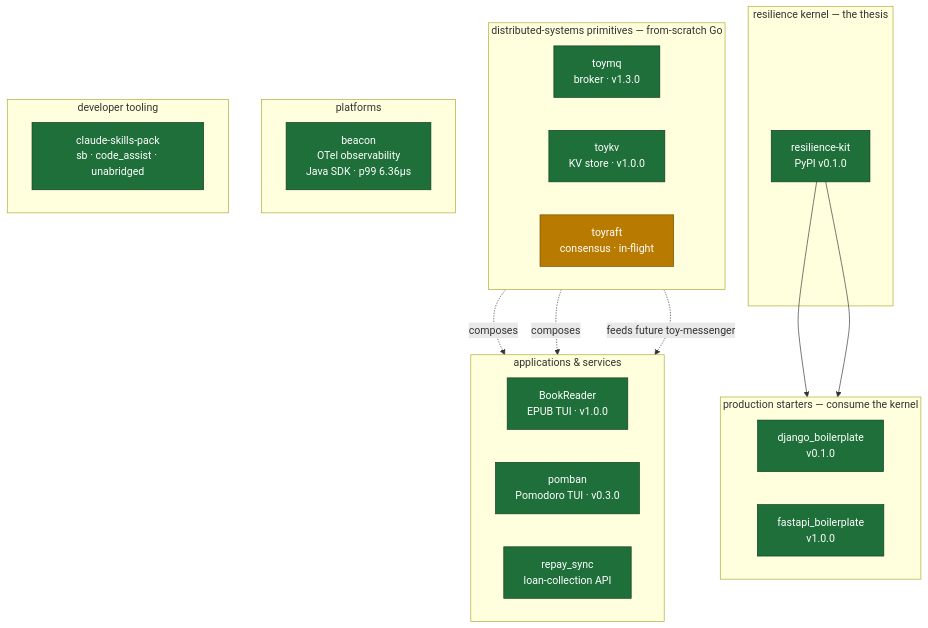
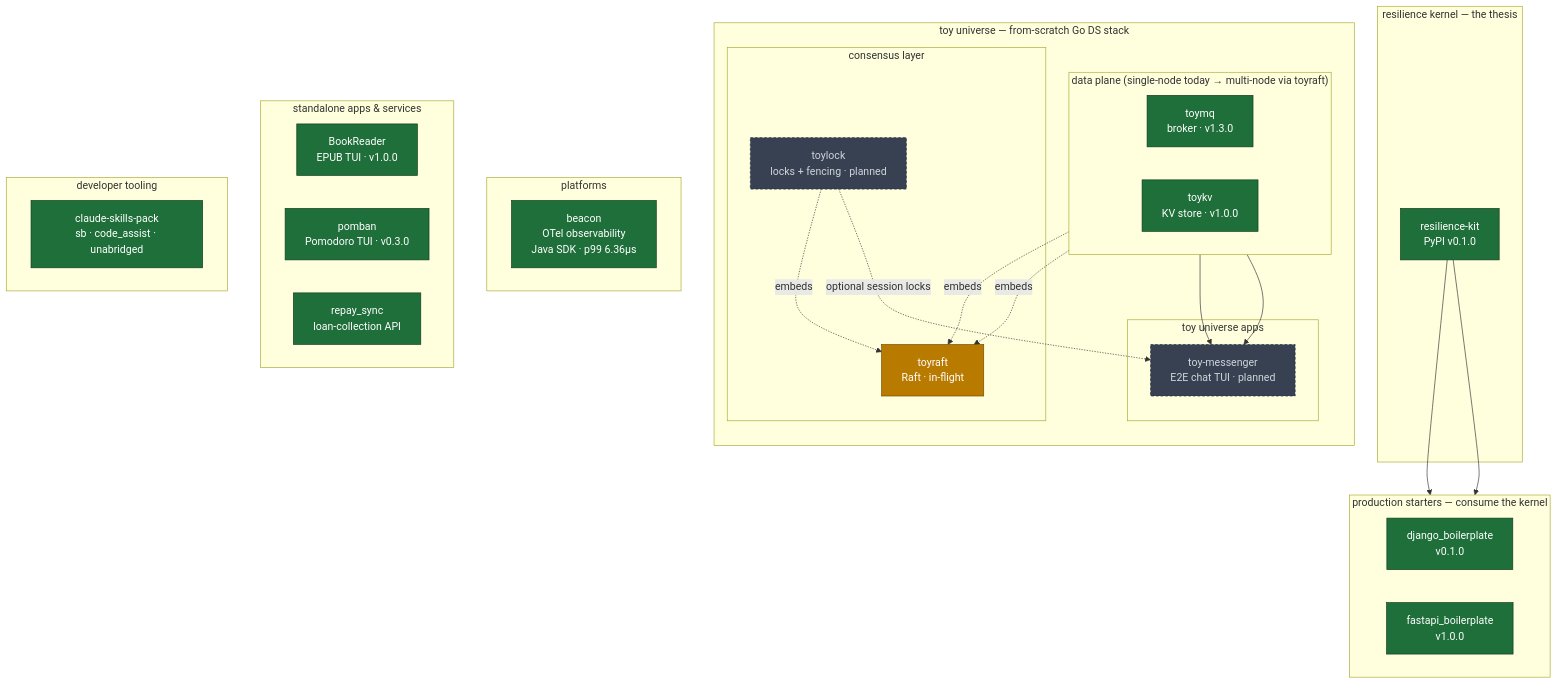
Before and after one commit to prajwalmahajan101/prajwalmahajan101: the diagram in README.md, drawn with Mermaid. The commit also changed other lines of this file, not shown here.

Commit message:
fix(readme): correct toy-universe dependency topology in mermaid
- Move pomban / BookReader / repay_sync into a 'standalone apps'
  subgraph — they were wrongly shown as composing toymq/toykv
- Group toy* projects into one 'toy universe' subgraph with three
  layers: consensus (toyraft, toylock), data plane (toymq, toykv),
  apps (toy-messenger)
- Flip arrows to dependency direction: toymq/toykv/toylock each embed
  toyraft (etcd → etcd-raft shape), not the other way around
- Remove the bogus toykv -> toylock edge — Raft itself serializes
  writes; toylock is a peer service applications call for cross-node
  leases, not a write-coordinator the KV consumes internally
- Add planned/dashed-grey style for toylock + toy-messenger
- Caption rewritten to explain dependency direction + lock topology

````diff
--- a/README.md
+++ b/README.md
@@ -20,45 +20,61 @@
 ```mermaid
 flowchart TB
     subgraph KERNEL["resilience kernel — the thesis"]
         K["resilience-kit<br/>PyPI v0.1.0"]
-    end
-
-    subgraph PRIMITIVES["distributed-systems primitives — from-scratch Go"]
-        direction LR
-        P1["toymq<br/>broker · v1.3.0"]
-        P2["toykv<br/>KV store · v1.0.0"]
-        P3["toyraft<br/>consensus · in-flight"]
-    end
-
-    subgraph PLATFORMS["platforms"]
-        B["beacon<br/>OTel observability<br/>Java SDK · p99 6.36µs"]
     end
 
     subgraph STARTERS["production starters — consume the kernel"]
         direction LR
         C1["django_boilerplate<br/>v0.1.0"]
         C2["fastapi_boilerplate<br/>v1.0.0"]
     end
 
-    subgraph APPS["applications & services"]
+    subgraph TOY["toy universe — from-scratch Go DS stack"]
+        direction TB
+        subgraph TOY_CONSENSUS["consensus layer"]
+            P3["toyraft<br/>Raft · in-flight"]
+            P5["toylock<br/>locks + fencing · planned"]
+        end
+        subgraph TOY_DATA["data plane (single-node today → multi-node via toyraft)"]
+            direction LR
+            P1["toymq<br/>broker · v1.3.0"]
+            P2["toykv<br/>KV store · v1.0.0"]
+        end
+        subgraph TOY_APPS["toy universe apps"]
+            P4["toy-messenger<br/>E2E chat TUI · planned"]
+        end
+    end
+
+    subgraph PLATFORMS["platforms"]
+        B["beacon<br/>OTel observability<br/>Java SDK · p99 6.36µs"]
+    end
+
+    subgraph STANDALONE["standalone apps & services"]
         direction LR
         A1["BookReader<br/>EPUB TUI · v1.0.0"]
         A2["pomban<br/>Pomodoro TUI · v0.3.0"]
         A3["repay_sync<br/>loan-collection API"]
     end
 
     subgraph DEVTOOLS["developer tooling"]
         T1["claude-skills-pack<br/>sb · code_assist · unabridged"]
     end
 
     K --> C1
     K --> C2
-    P1 -.composes.-> APPS
-    P2 -.composes.-> APPS
-    P3 -.feeds future toy-messenger.-> APPS
+
+    P1 -.embeds.-> P3
+    P2 -.embeds.-> P3
+    P5 -.embeds.-> P3
+
+    P1 --> P4
+    P2 --> P4
+    P5 -.optional session locks.-> P4
 
     classDef shipped fill:#1f6f3a,stroke:#0d3a1e,color:#fff;
     classDef active  fill:#b97a00,stroke:#6e4900,color:#fff;
+    classDef planned fill:#374151,stroke:#1f2937,color:#d1d5db,stroke-dasharray: 4 3;
     class K,P1,P2,B,C1,C2,A1,A2,A3,T1 shipped;
     class P3 active;
+    class P4,P5 planned;
 ```
````
